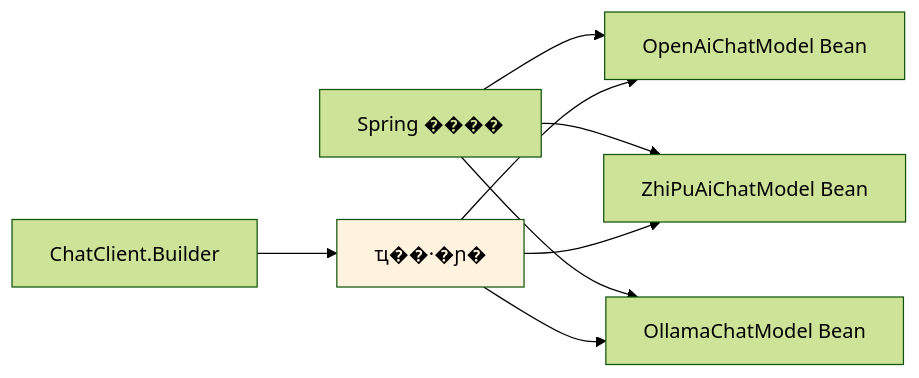
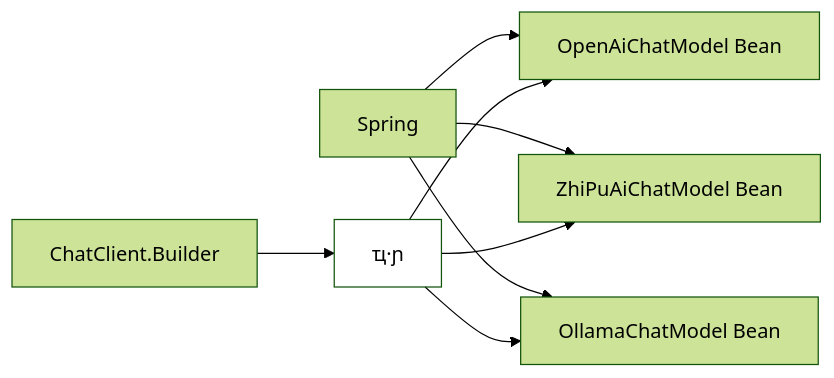
Before and after one commit to TimeHunter618/hugo-maid-code: the third of 8 diagrams in content/post/ai-interview/SpringAI如何接入多种模型.zh-CN.md, drawn with Mermaid (forest theme). The commit also changed other lines of this file and 55 other files, not shown here.

````diff
--- a/content/post/ai-interview/SpringAI如何接入多种模型.zh-CN.md
+++ b/content/post/ai-interview/SpringAI如何接入多种模型.zh-CN.md
@@ -107,14 +107,14 @@
 ```mermaid
 graph LR
-    A[Spring ����] --> B["OpenAiChatModel Bean"]
+    A[Spring ] --> B["OpenAiChatModel Bean"]
     A --> C["ZhiPuAiChatModel Bean"]
     A --> D["OllamaChatModel Bean"]
 
-    E[ҵ��·�ɲ�] --> B
+    E[ҵ·ɲ] --> B
     E --> C
     E --> D
 
     F[ChatClient.Builder] --> E
 
-    style E fill:#fff3e0
+    style E fill:#f3e0
 ```
````
